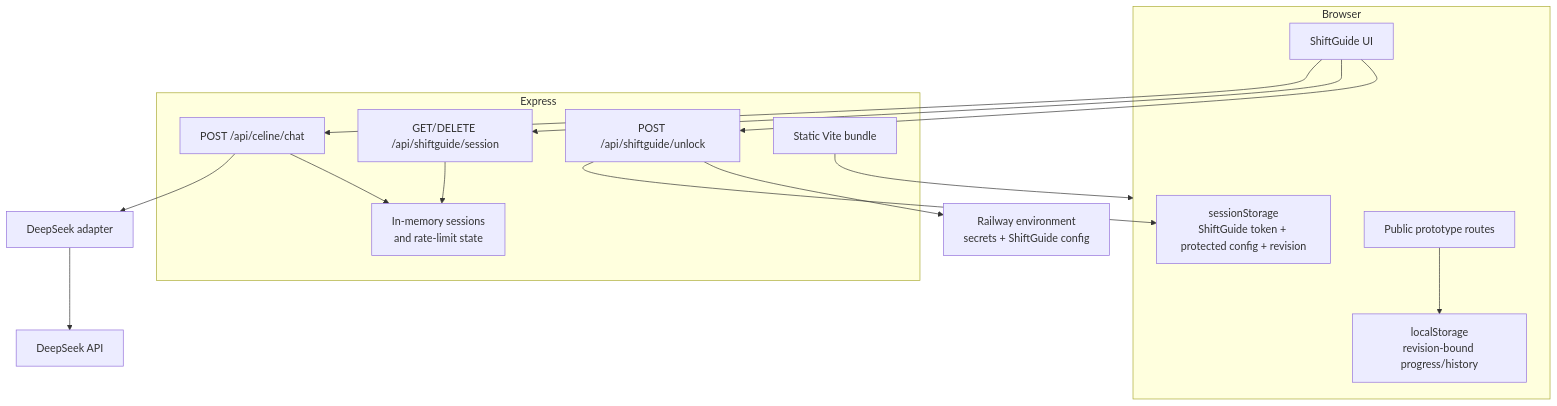
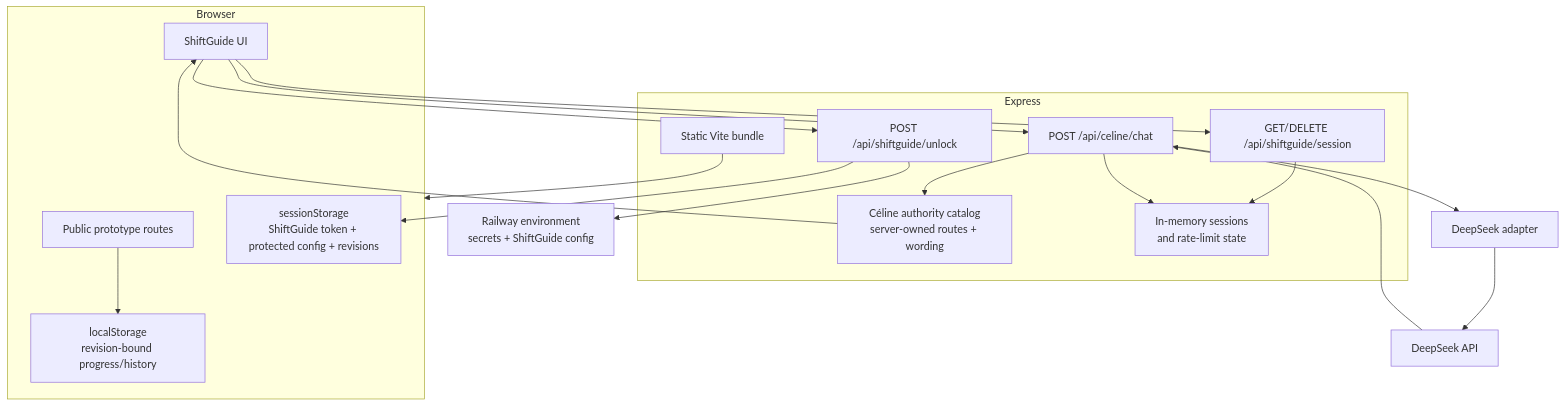
The diagram in docs/architecture.md (AmineAKIK/protocap), drawn with Mermaid before and after one commit. The commit also changed other lines of this file and 16 other files, not shown here.

````diff
--- a/docs/architecture.md
+++ b/docs/architecture.md
@@ -9,33 +9,37 @@
 ```mermaid
 flowchart TB
   subgraph Browser
     Public[Public prototype routes]
     ShiftUI[ShiftGuide UI]
-    SessionStore[sessionStorage\nShiftGuide token + protected config + revision]
+    SessionStore[sessionStorage\nShiftGuide token + protected config + revisions]
     LocalStore[localStorage\nrevision-bound progress/history]
   end
 
   subgraph Express
     Unlock[POST /api/shiftguide/unlock]
     Session[GET/DELETE /api/shiftguide/session]
     Chat[POST /api/celine/chat]
+    Authority[Céline authority catalog\nserver-owned routes + wording]
     Memory[In-memory sessions\nand rate-limit state]
     Static[Static Vite bundle]
   end
 
   Env[Railway environment\nsecrets + ShiftGuide config]
   ProviderAdapter[DeepSeek adapter]
   Provider[DeepSeek API]
 
   Public --> LocalStore
   ShiftUI --> Unlock
   Unlock --> Env
   Unlock --> SessionStore
   ShiftUI --> Session
   ShiftUI --> Chat
   Session --> Memory
   Chat --> Memory
   Chat --> ProviderAdapter
   ProviderAdapter --> Provider
+  Provider --> Chat
+  Chat --> Authority
+  Authority --> ShiftUI
   Static --> Browser
 ```
````
